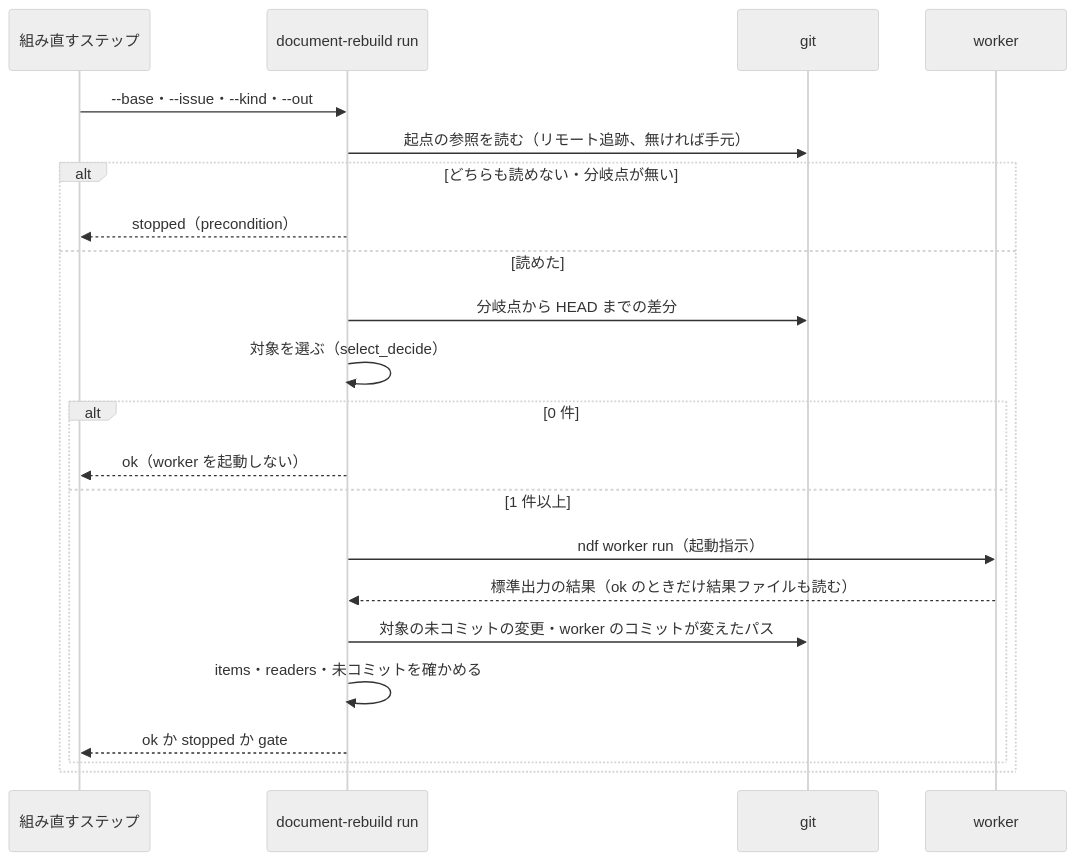
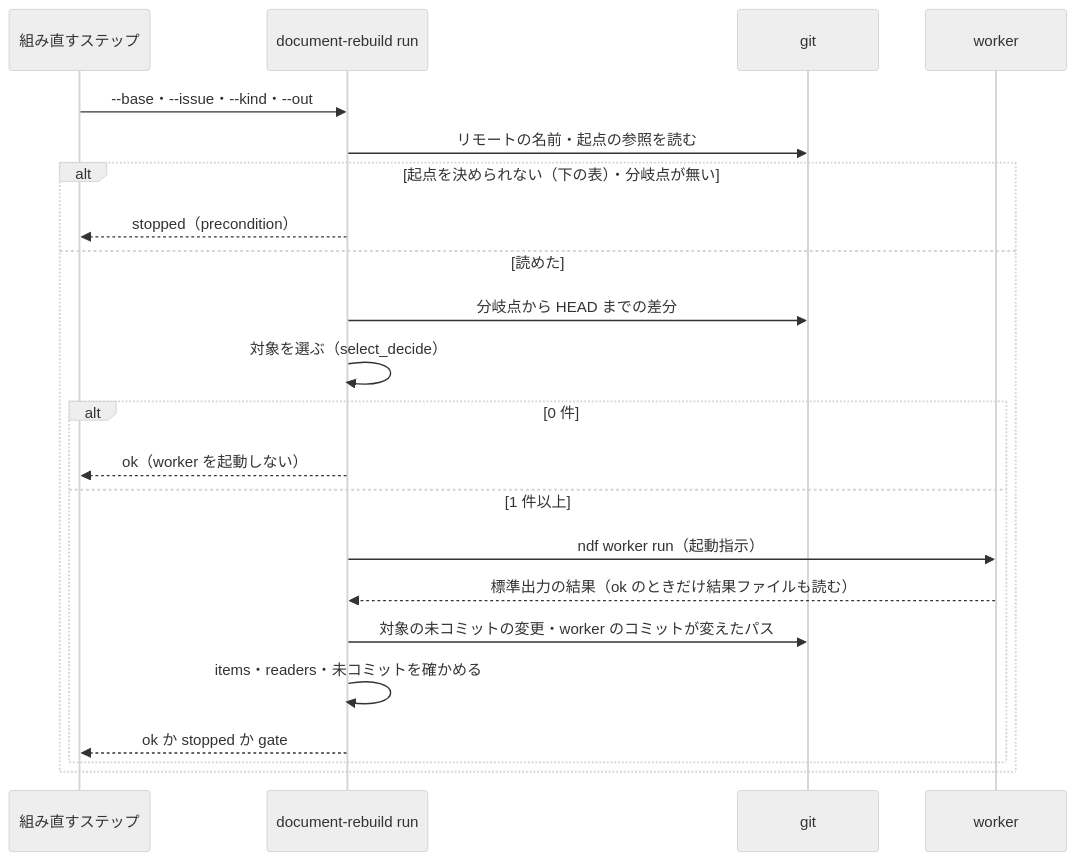
The fourth of 4 diagrams in issues/issue-4337-design.md (devbasex/ai-plugins), drawn with Mermaid (neutral theme) before and after one commit. The commit also changed other lines of this file, not shown here.

````diff
--- a/issues/issue-4337-design.md
+++ b/issues/issue-4337-design.md
@@ -226,24 +226,24 @@
 ```mermaid
 sequenceDiagram
     participant S as 組み直すステップ
     participant R as document-rebuild run
     participant G as git
     participant W as worker
     S->>R: --base・--issue・--kind・--out
-    R->>G: 起点の参照を読む（リモート追跡、無ければ手元）
-    alt どちらも読めない・分岐点が無い
+    R->>G: リモートの名前・起点の参照を読む
+    alt 起点を決められない（下の表）・分岐点が無い
         R-->>S: stopped（precondition）
     else 読めた
         R->>G: 分岐点から HEAD までの差分
         R->>R: 対象を選ぶ（select_decide）
         alt 0 件
             R-->>S: ok（worker を起動しない）
         else 1 件以上
             R->>W: ndf worker run（起動指示）
             W-->>R: 標準出力の結果（ok のときだけ結果ファイルも読む）
             R->>G: 対象の未コミットの変更・worker のコミットが変えたパス
             R->>R: items・readers・未コミットを確かめる
             R-->>S: ok か stopped か gate
         end
     end
 ```
````
